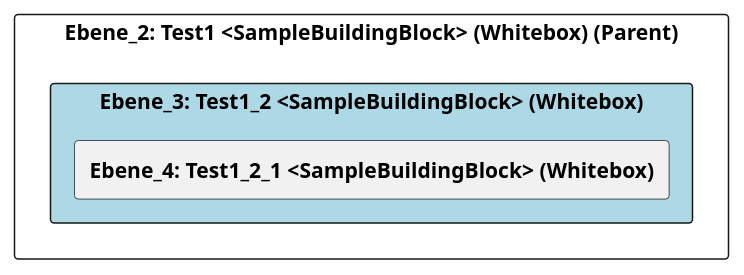
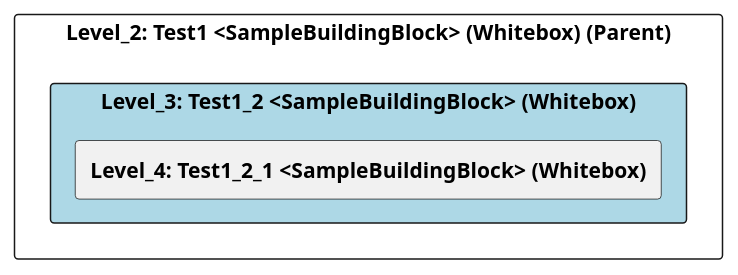
One commit to marcozwyssig/cleon changed the diagram in src/cleon.architecturemethods.arc42.sample/doc/cleon_architecturemethods_arc42_sample_arc42/adoc/de/05_bausteinsicht/chess/test1/test1_2/ebene_3_test1_2.adoc. Above: the diagram before and after it, drawn with PlantUML. The commit also changed other lines of this file and 169 other files, not shown here.

```diff
--- a/src/cleon.architecturemethods.arc42.sample/doc/cleon_architecturemethods_arc42_sample_arc42/adoc/de/05_bausteinsicht/chess/test1/test1_2/ebene_3_test1_2.adoc
+++ b/src/cleon.architecturemethods.arc42.sample/doc/cleon_architecturemethods_arc42_sample_arc42/adoc/de/05_bausteinsicht/chess/test1/test1_2/ebene_3_test1_2.adoc
@@ -24,24 +24,24 @@
-[plantuml, Ebene_3: Test1_2 <SampleBuildingBlock> (Whitebox)BlockOverview, format="svg"]
+[plantuml, Level_3: Test1_2 <SampleBuildingBlock> (Whitebox)BlockOverview, format="svg"]
 ----
-@startuml Ebene_3: Test1_2 <SampleBuildingBlock> (Whitebox)BuildingBlockOverview
+@startuml Level_3: Test1_2 <SampleBuildingBlock> (Whitebox)BuildingBlockOverview
 
 skinparam ranksep 10
 skinparam componentStyle rectangle
 skinparam shadowing false
 skinparam arrowColor lightblue
 skinparam arrowThickness 1.2
 skinparam rectangle {
   BackgroundColor White
   BorderColor #333
   RoundCorner 10
 }
 top to bottom direction
 
-component "Ebene_2: Test1 <SampleBuildingBlock> (Whitebox) (Parent)" {
-    component "Ebene_3: Test1_2 <SampleBuildingBlock> (Whitebox)" #lightblue {
-        [**Ebene_4: Test1_2_1 <SampleBuildingBlock> (Whitebox)**] as 4965EE24_D579_11EE_903E_9F564E4DE07E
+component "Level_2: Test1 <SampleBuildingBlock> (Whitebox) (Parent)" {
+    component "Level_3: Test1_2 <SampleBuildingBlock> (Whitebox)" #lightblue {
+        [**Level_4: Test1_2_1 <SampleBuildingBlock> (Whitebox)**] as 4965EE24_D579_11EE_903E_9F564E4DE07E
     }
 }
 
 @enduml
 ----
```
